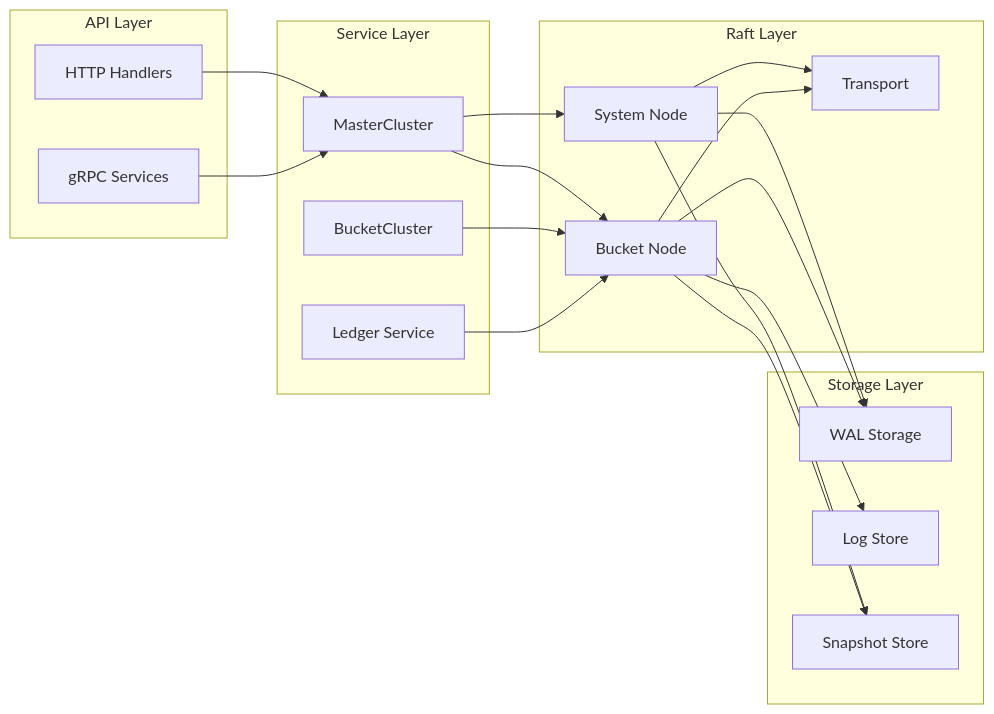
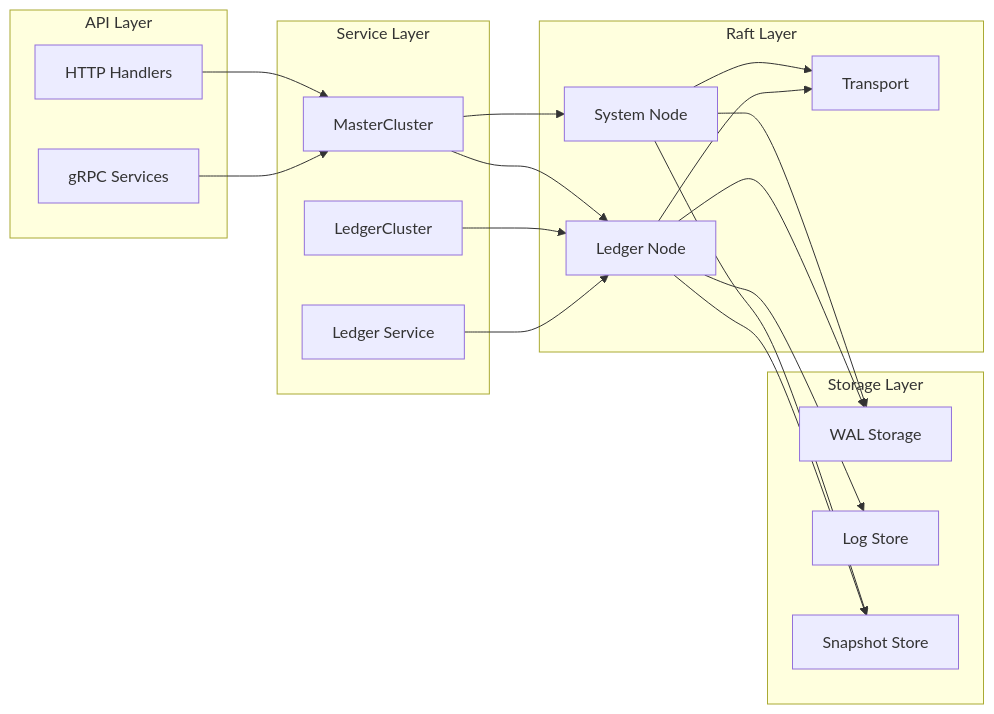
One commit to formancehq/ledger changed the second of 6 diagrams in docs/architecture.md. Above: the diagram before and after it, drawn with Mermaid. The commit also changed other lines of this file and 123 other files, not shown here.

````diff
--- a/docs/architecture.md
+++ b/docs/architecture.md
@@ -68,39 +68,39 @@
 ```mermaid
 graph LR
     subgraph "API Layer"
         HTTP[HTTP Handlers]
         GRPC[gRPC Services]
     end
     
     subgraph "Service Layer"
         MasterCluster[MasterCluster]
-        BucketCluster[BucketCluster]
+        LedgerCluster[LedgerCluster]
         LedgerService[Ledger Service]
     end
     
     subgraph "Raft Layer"
         SystemNode[System Node]
-        BucketNode[Bucket Node]
+        LedgerNode[Ledger Node]
         Transport[Transport]
     end
     
     subgraph "Storage Layer"
         WAL[WAL Storage]
         LogStore[Log Store]
         Snapshot[Snapshot Store]
     end
     
     HTTP --> MasterCluster
     GRPC --> MasterCluster
     MasterCluster --> SystemNode
-    MasterCluster --> BucketNode
-    BucketCluster --> BucketNode
-    LedgerService --> BucketNode
+    MasterCluster --> LedgerNode
+    LedgerCluster --> LedgerNode
+    LedgerService --> LedgerNode
     SystemNode --> Transport
-    BucketNode --> Transport
+    LedgerNode --> Transport
     SystemNode --> WAL
-    BucketNode --> WAL
-    BucketNode --> LogStore
+    LedgerNode --> WAL
+    LedgerNode --> LogStore
     SystemNode --> Snapshot
-    BucketNode --> Snapshot
+    LedgerNode --> Snapshot
 ```
````
